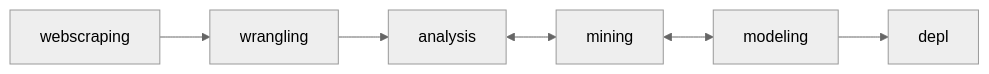
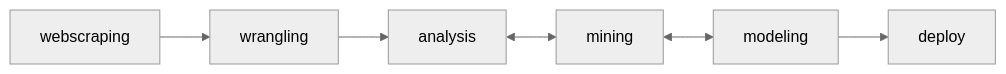
Before and after one commit to leoncardi/instagram-x-tiktok: the diagram in README.md, drawn with Mermaid (neutral theme). The commit also changed other lines of this file, not shown here.

````diff
--- a/README.md
+++ b/README.md
@@ -6,11 +6,11 @@
 ```mermaid
     graph LR
     A[webscraping]
     B[wrangling]
     C[analysis]
     D[mining]
     E[modeling]
-    F[depl]
+    F[deploy]
 
     A --> B --> C <--> D <--> E --> F
 ```
````
